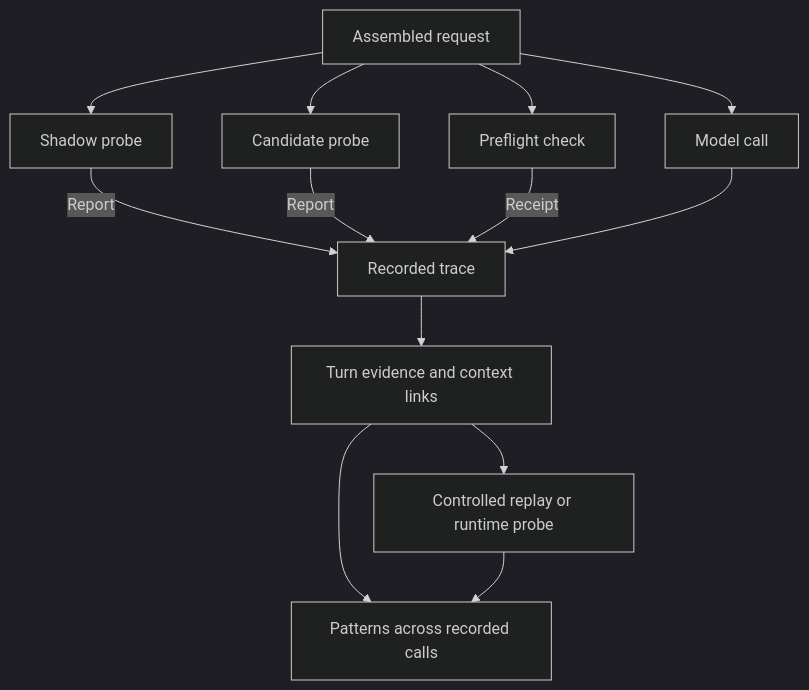
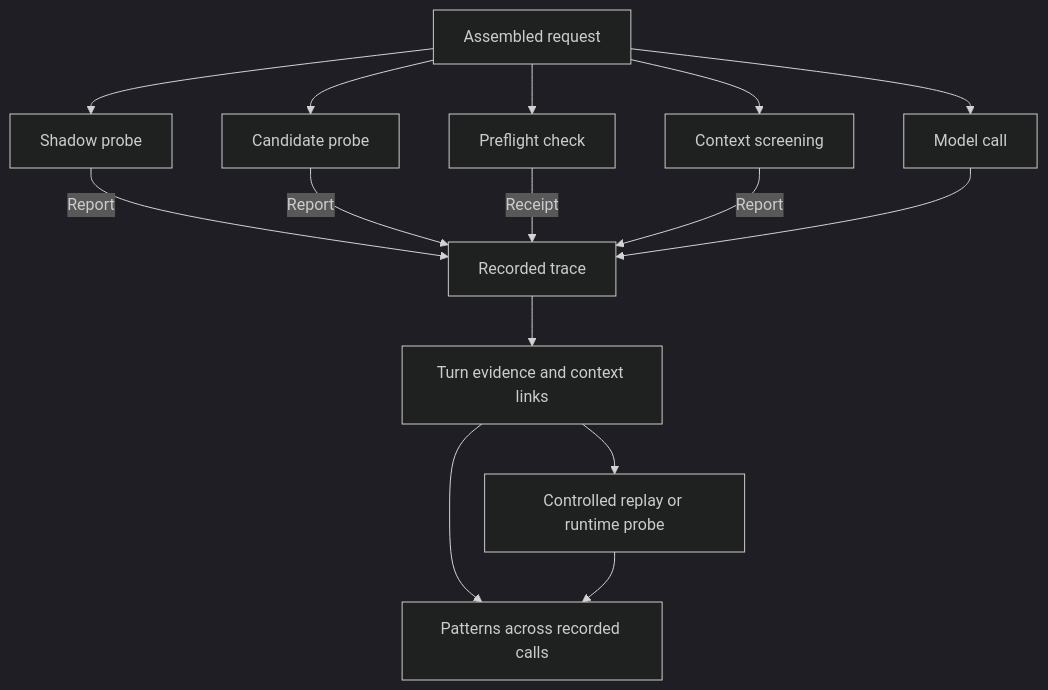
One commit to thakur-ro/A2Context changed the first of 2 diagrams in docs/architecture.md. Above: the diagram before and after it, drawn with Mermaid (dark theme). The commit also changed other lines of this file and 23 other files, not shown here.

````diff
--- a/docs/architecture.md
+++ b/docs/architecture.md
@@ -5,17 +5,19 @@
 ```mermaid
 flowchart TD
     accTitle: Evidence before and after a model call
-    accDescr: Preflight and both pending probes use the assembled request. Recorded calls can carry matching preflight receipts and candidate or shadow reports.
+    accDescr: Preflight, context screening, and both pending probes use the assembled request. Recorded calls can carry their matching reports.
     A[Assembled request] --> M[Model call]
     A --> P[Preflight check]
+    A --> N[Context screening]
     A --> B[Candidate probe]
     A --> S[Shadow probe]
     S -->|Report| T
     B -->|Report| T
     P -->|Receipt| T
+    N -->|Report| T
     M --> T[Recorded trace]
     T --> I[Turn evidence and context links]
     I --> R[Controlled replay or runtime probe]
     I --> G[Patterns across recorded calls]
     R --> G
 ```
````
